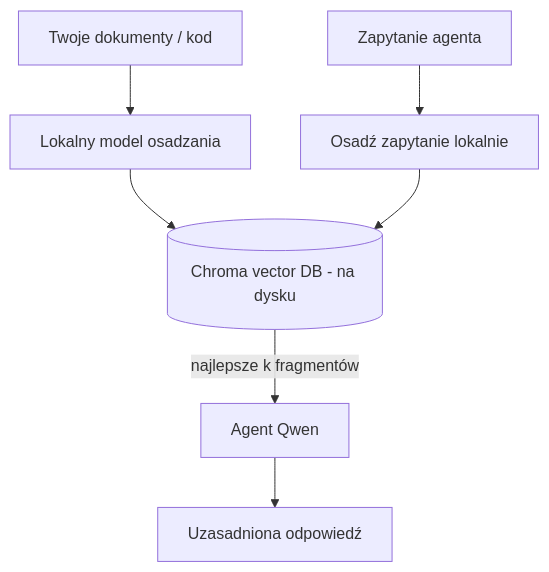
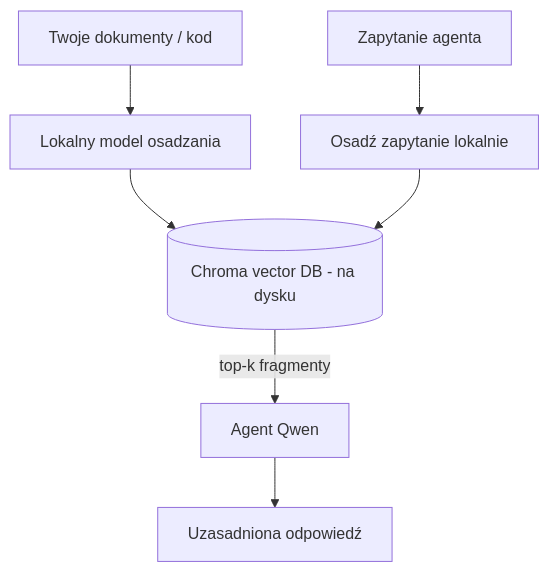
The third of 4 diagrams in translations/pl/17-creating-local-ai-agents/README.md (microsoft/ai-agents-for-beginners), drawn with Mermaid before and after one commit. The commit also changed other lines of this file and 47 other files, not shown here.

````diff
--- a/translations/pl/17-creating-local-ai-agents/README.md
+++ b/translations/pl/17-creating-local-ai-agents/README.md
@@ -125,9 +125,9 @@
 ```mermaid
 flowchart TB
     D[Twoje dokumenty / kod] --> E[Lokalny model osadzania]
     E --> V[(Chroma vector DB - na dysku)]
     Q[Zapytanie agenta] --> QE[Osadź zapytanie lokalnie]
     QE --> V
-    V -->|najlepsze k fragmentów| A[Agent Qwen]
+    V -->|top-k fragmenty| A[Agent Qwen]
     A --> Ans[Uzasadniona odpowiedź]
 ```
````
